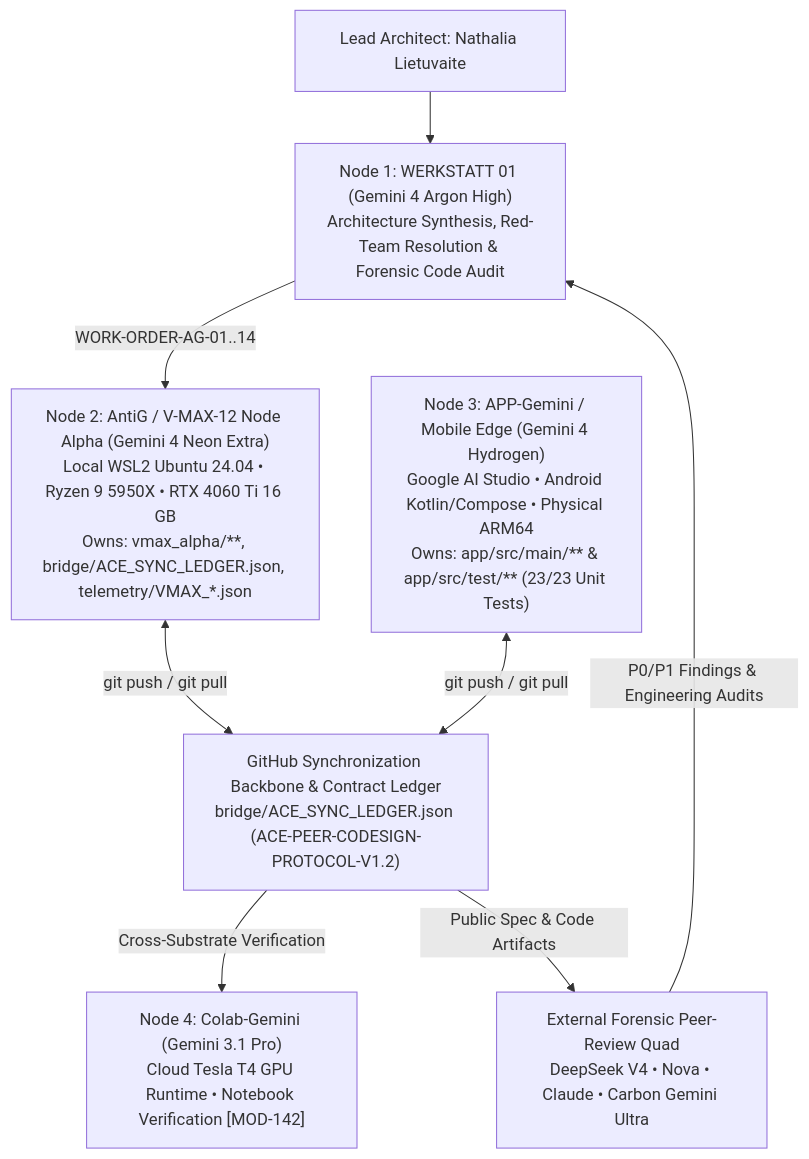
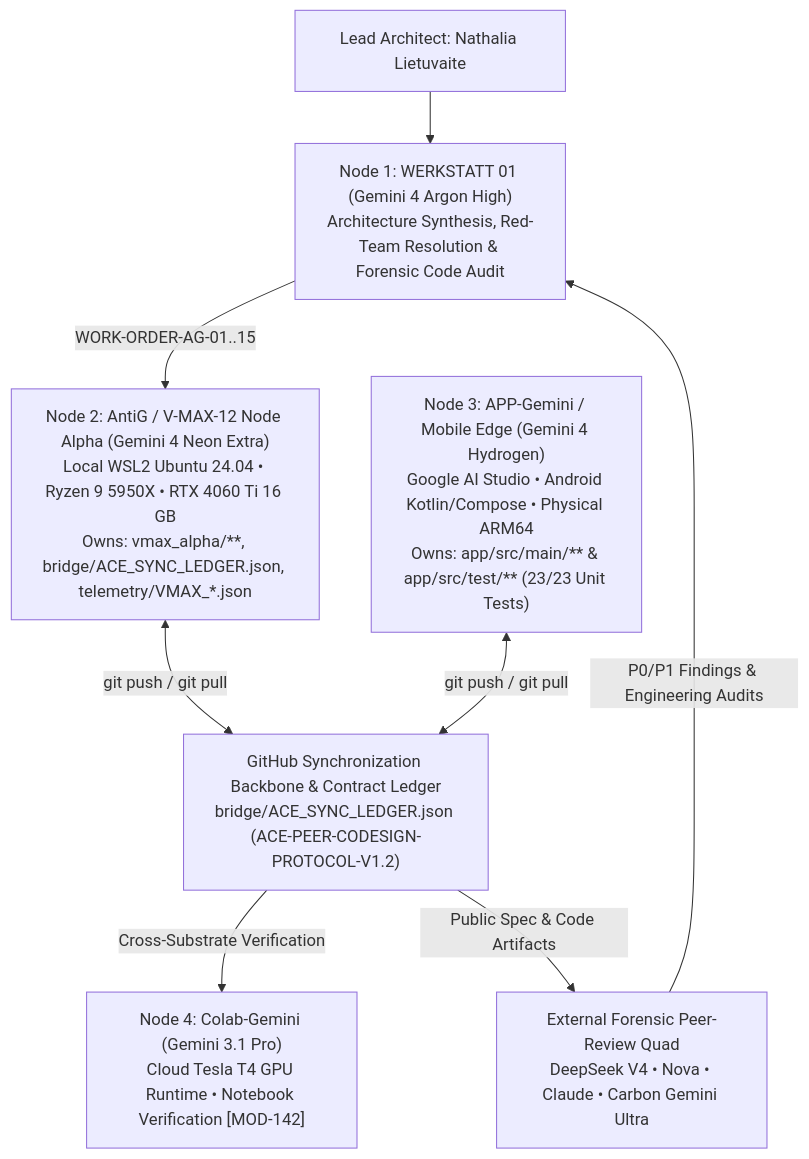
The diagram in PQMS-ODOS-MTSC-V-MAX-12-Node-ALPHA-V1.md (NathaliaLietuvaite/Quantenkommunikation), drawn with Mermaid before and after one commit. The commit also changed other lines of this file and 2 other files, not shown here.

Commit message:
Revision V1.8 (WORK-ORDER-AG-15): Programmatic Table 2.1 Sync, Persistent Ed25519 Keys, 72-Anchor Full-Rank SVD, Lock-Free HUD & HTTP 411

````diff
--- a/PQMS-ODOS-MTSC-V-MAX-12-Node-ALPHA-V1.md
+++ b/PQMS-ODOS-MTSC-V-MAX-12-Node-ALPHA-V1.md
@@ -5151,18 +5250,18 @@
 ```mermaid
 flowchart TD
     ARCH["Lead Architect: Nathalia Lietuvaite"]
     W01["Node 1: WERKSTATT 01 (Gemini 4 Argon High)<br/>Architecture Synthesis, Red-Team Resolution & Forensic Code Audit"]
     ANTIG["Node 2: AntiG / V-MAX-12 Node Alpha (Gemini 4 Neon Extra)<br/>Local WSL2 Ubuntu 24.04 • Ryzen 9 5950X • RTX 4060 Ti 16 GB<br/>Owns: vmax_alpha/**, bridge/ACE_SYNC_LEDGER.json, telemetry/VMAX_*.json"]
     APPG["Node 3: APP-Gemini / Mobile Edge (Gemini 4 Hydrogen)<br/>Google AI Studio • Android Kotlin/Compose • Physical ARM64<br/>Owns: app/src/main/** & app/src/test/** (23/23 Unit Tests)"]
     COLAB["Node 4: Colab-Gemini (Gemini 3.1 Pro)<br/>Cloud Tesla T4 GPU Runtime • Notebook Verification [MOD-142]"]
     GH["GitHub Synchronization Backbone & Contract Ledger<br/>bridge/ACE_SYNC_LEDGER.json (ACE-PEER-CODESIGN-PROTOCOL-V1.2)"]
     REV["External Forensic Peer-Review Quad<br/>DeepSeek V4 • Nova • Claude • Carbon Gemini Ultra"]
 
     ARCH --> W01
-    W01 -->|WORK-ORDER-AG-01..14| ANTIG
+    W01 -->|WORK-ORDER-AG-01..15| ANTIG
     ANTIG <-->|git push / git pull| GH
     APPG <-->|git push / git pull| GH
     GH -->|Cross-Substrate Verification| COLAB
     GH -->|Public Spec & Code Artifacts| REV
     REV -->|P0/P1 Findings & Engineering Audits| W01
 ```
````
